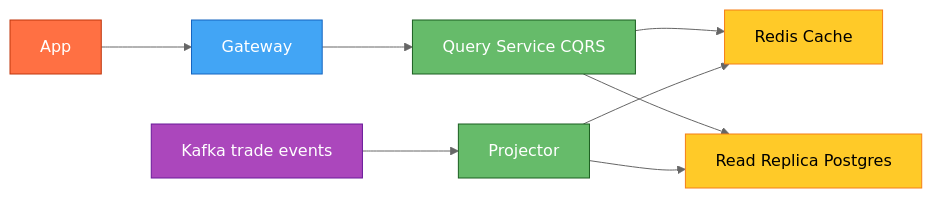
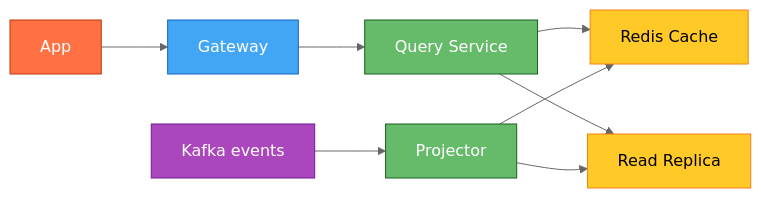
Before and after one commit to iluzn/HLD-Designs: the third of 9 diagrams in content/hld/StockBroker.md, drawn with Mermaid (neutral theme). The commit also changed other lines of this file, not shown here.

Commit message:
Improve Stock Broker HLD: conversational explanations, inline term hints, incremental diagrams

````diff
--- a/content/hld/StockBroker.md
+++ b/content/hld/StockBroker.md
@@ -213,24 +229,24 @@
 ```mermaid
 flowchart LR
     App["App"]:::client
     GW["Gateway"]:::edge
-    QS["Query Service CQRS"]:::service
+    QS["Query Service"]:::service
     RC["Redis Cache"]:::data
-    RDB["Read Replica Postgres"]:::data
-    KF["Kafka trade events"]:::async
+    RDB["Read Replica"]:::data
+    KF["Kafka events"]:::async
     Proj["Projector"]:::service
 
     App --> GW
     GW --> QS
     QS --> RC
     QS --> RDB
     KF --> Proj
     Proj --> RDB
     Proj --> RC
 
     classDef client fill:#FF7043,stroke:#BF360C,color:#fff
     classDef edge fill:#42A5F5,stroke:#1565C0,color:#fff
     classDef service fill:#66BB6A,stroke:#1B5E20,color:#fff
     classDef async fill:#AB47BC,stroke:#6A1B9A,color:#fff
     classDef data fill:#FFCA28,stroke:#F57F17,color:#000
 ```
````
